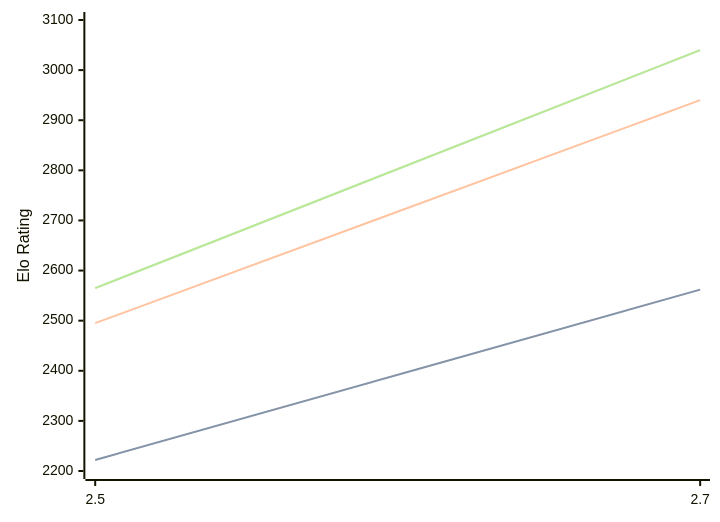
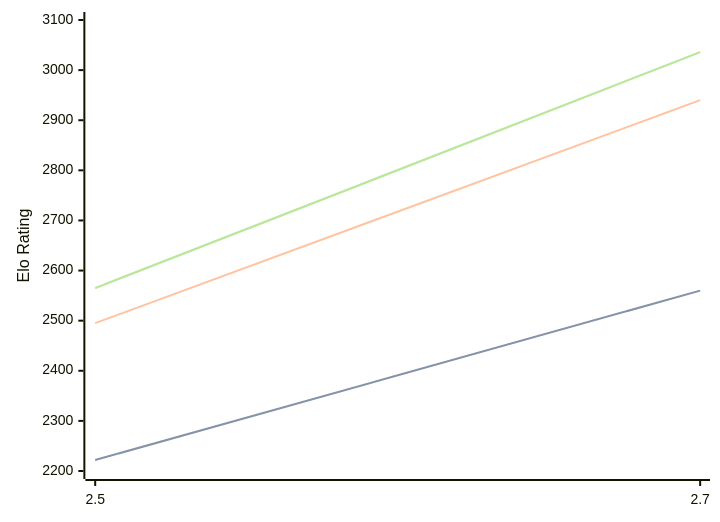
One commit to computer-chess-index/cci changed the diagram in engines/Zevra.md. Above: the diagram before and after it, drawn with Mermaid. The commit also changed other lines of this file, not shown here.

Commit message:
Update CCI Ratings (ELO VLTC) - 2026-09-18

````diff
--- a/engines/Zevra.md
+++ b/engines/Zevra.md
@@ -32,11 +32,11 @@
 ```mermaid
 %%{init: {"theme":"base","themeVariables":{"seriesColors:['#a3a3a3','#222221','#faa371']}}}%%
 xychart-beta
   x-axis ["2.5", "2.7"]
   y-axis "Elo Rating" 2200 --> 3100
-  line "" [2222, 2562]
-  line "STC (8.0+0.08s)" [2222, 2562]
+  line "" [2222, 2560]
+  line "STC (8.0+0.08s)" [2222, 2560]
   line "LTC (60.0+0.60s)" [2495, 2940]
-  line "" [2565, 3040]
-  line "VLTC (2m24s+1.12s)" [2565, 3040]
+  line "" [2565, 3036]
+  line "VLTC (2m24s+1.12s)" [2565, 3036]
 ```
````
